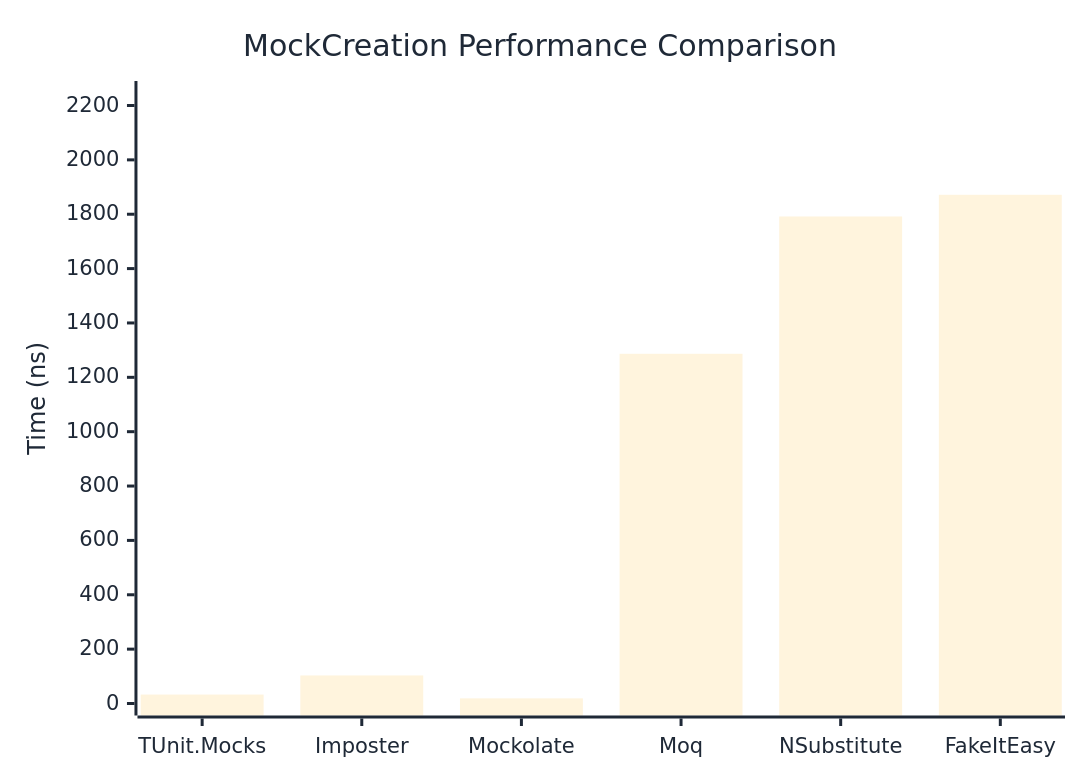
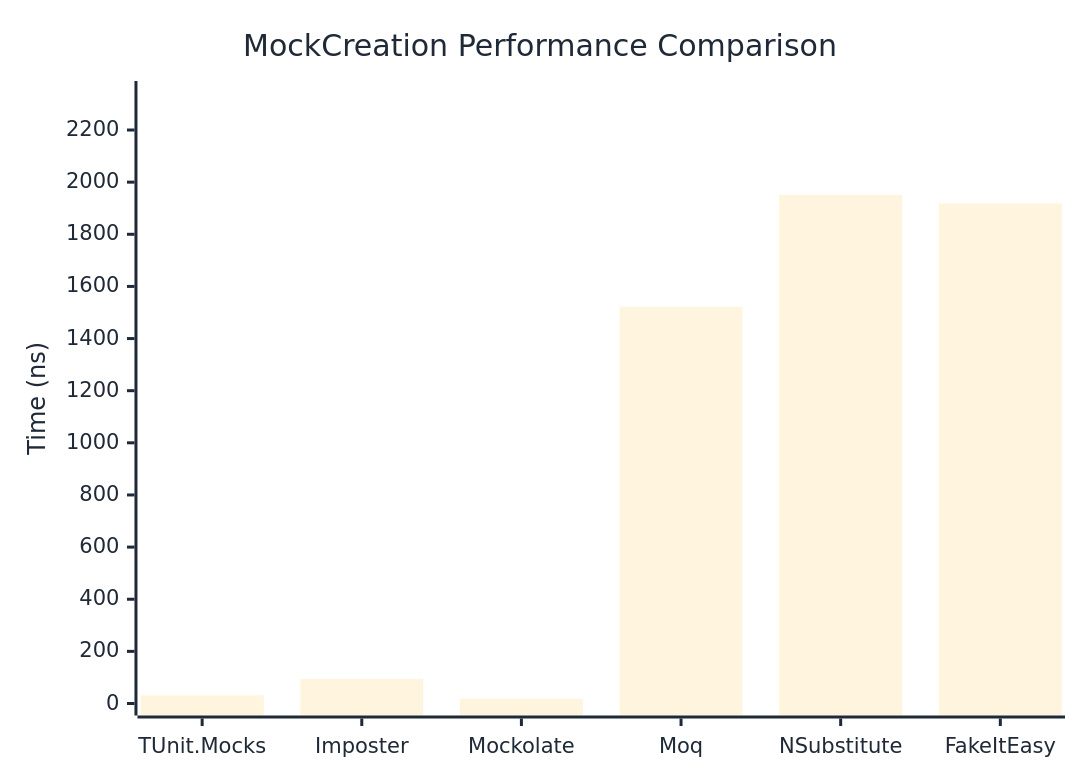
Before and after one commit to thomhurst/TUnit: the first of 2 diagrams in docs/docs/benchmarks/mocks/MockCreation.md, drawn with Mermaid. The commit also changed other lines of this file and 14 other files, not shown here.

````diff
--- a/docs/docs/benchmarks/mocks/MockCreation.md
+++ b/docs/docs/benchmarks/mocks/MockCreation.md
@@ -30,27 +30,27 @@
 ```mermaid
 %%{init: {
   'theme':'base',
   'themeVariables': {
     'primaryColor': '#2563eb',
     'primaryTextColor': '#1f2937',
     'primaryBorderColor': '#1e40af',
     'lineColor': '#6b7280',
     'secondaryColor': '#7c3aed',
     'tertiaryColor': '#dc2626',
     'background': '#ffffff',
     'pie1': '#2563eb',
     'pie2': '#7c3aed',
     'pie3': '#dc2626',
     'pie4': '#f59e0b',
     'pie5': '#10b981',
     'pie6': '#06b6d4',
     'pie7': '#ec4899',
     'pie8': '#6366f1'
   }
 }}%%
 xychart-beta
   title "MockCreation Performance Comparison"
   x-axis ["TUnit.Mocks", "Imposter", "Mockolate", "Moq", "NSubstitute", "FakeItEasy"]
-  y-axis "Time (ns)" 0 --> 2246
-  bar [32.87, 103.16, 18.85, 1286.59, 1791.7, 1871.52]
+  y-axis "Time (ns)" 0 --> 2342
+  bar [30.73, 94.68, 18.14, 1521.98, 1950.9, 1918.35]
 ```
````
